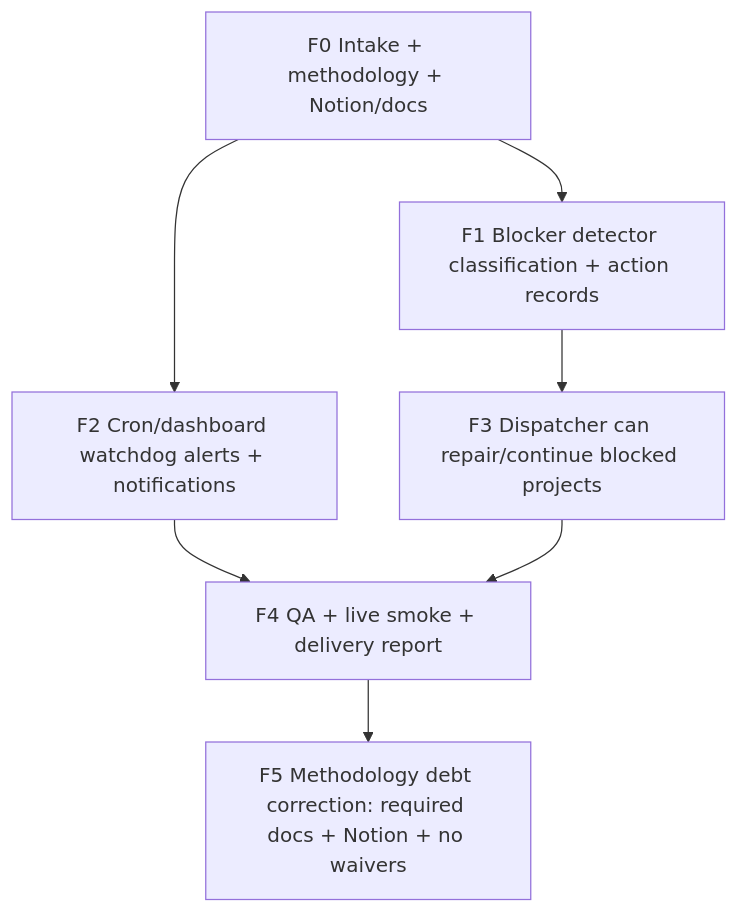
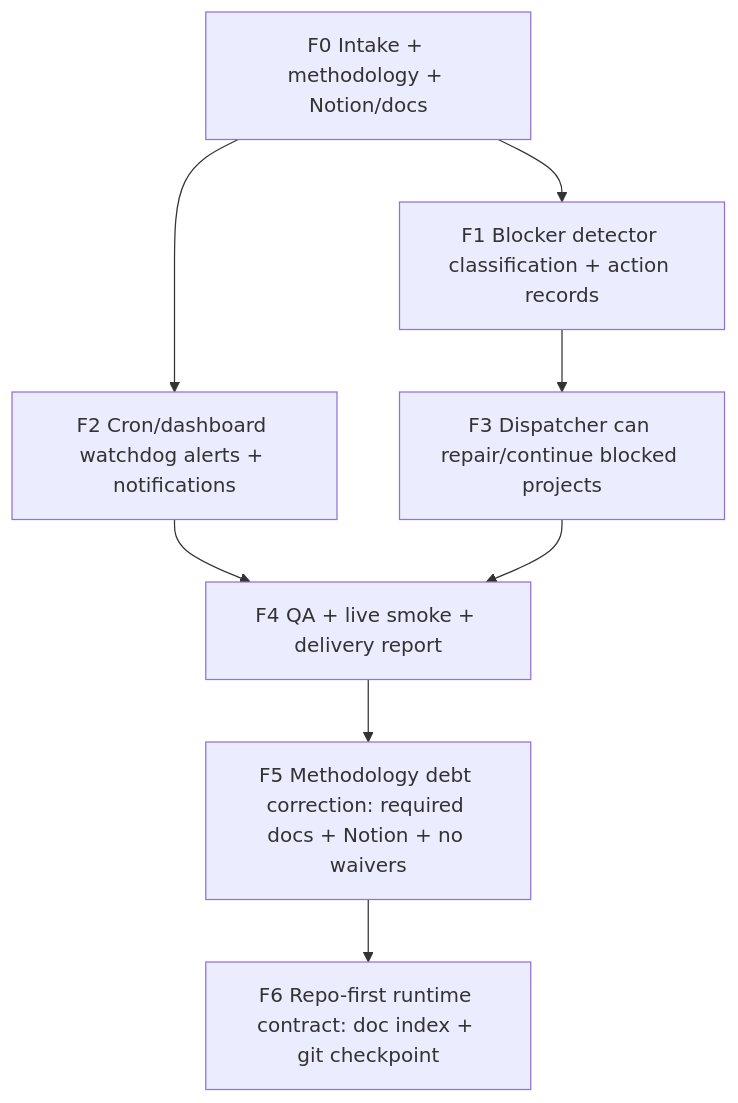
One commit to SiteOneTech/hermes-agent-original changed the diagram in factory/projects/factory-runtime-remediation/TASK_GRAPH.md. Above: the diagram before and after it, drawn with Mermaid. The commit also changed other lines of this file and 10 other files, not shown here.

Commit message:
factory: enforce repo-first artifact checkpoints

````diff
--- a/factory/projects/factory-runtime-remediation/TASK_GRAPH.md
+++ b/factory/projects/factory-runtime-remediation/TASK_GRAPH.md
@@ -3,16 +3,18 @@
 ```mermaid
 graph TD
   F0[F0 Intake + methodology + Notion/docs]
   F1[F1 Blocker detector classification + action records]
   F2[F2 Cron/dashboard watchdog alerts + notifications]
   F3[F3 Dispatcher can repair/continue blocked projects]
   F4[F4 QA + live smoke + delivery report]
   F5[F5 Methodology debt correction: required docs + Notion + no waivers]
+  F6[F6 Repo-first runtime contract: doc index + git checkpoint]
 
   F0 --> F1
   F0 --> F2
   F1 --> F3
   F2 --> F4
   F3 --> F4
   F4 --> F5
+  F5 --> F6
 ```
````
